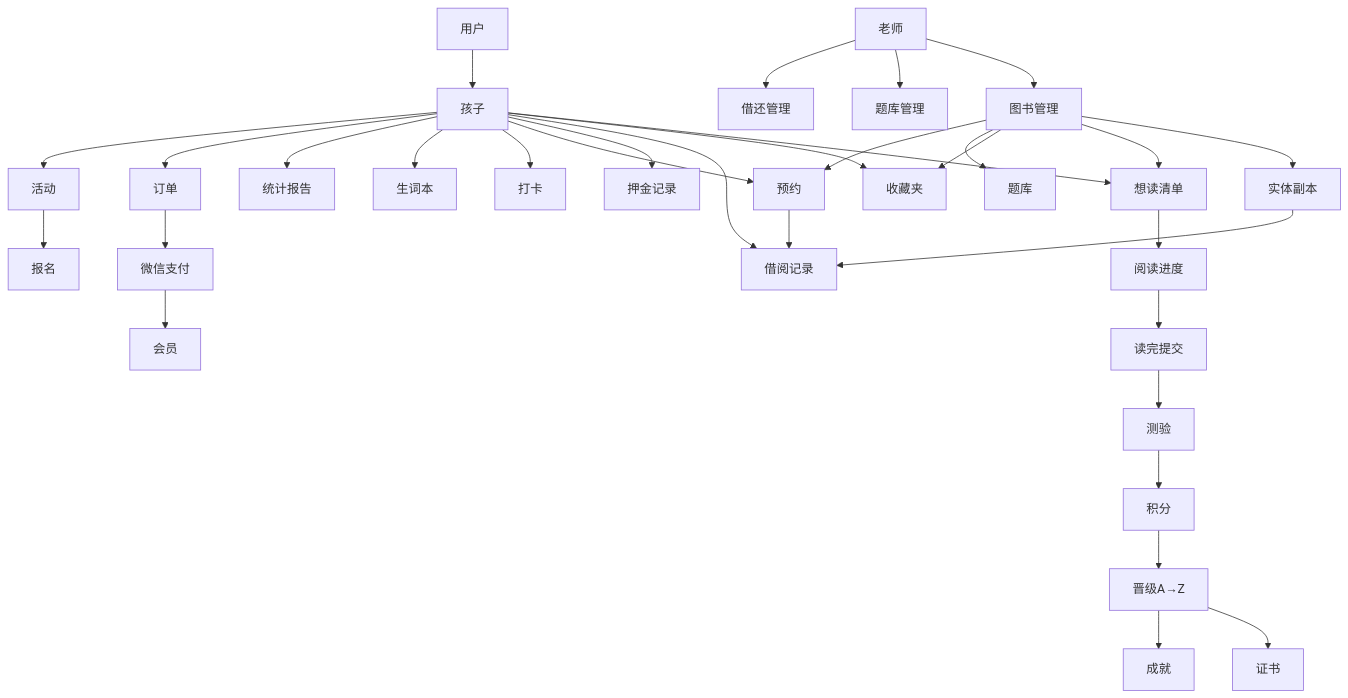
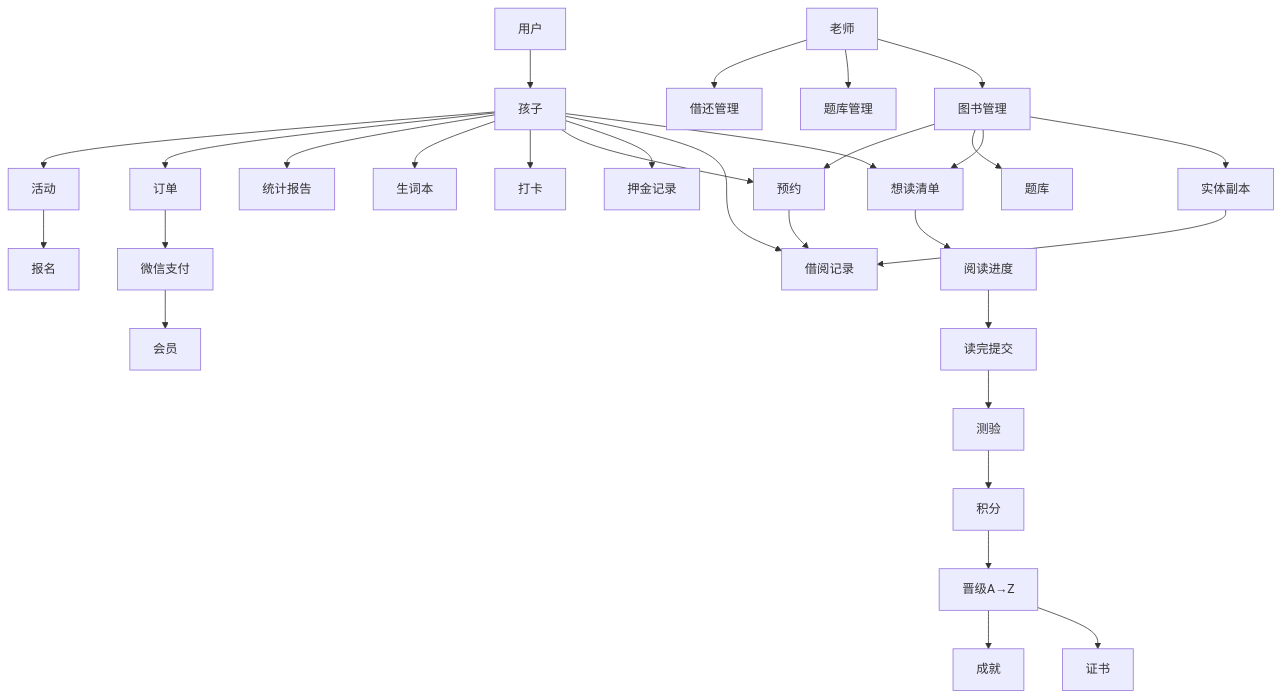
One commit to leechunwoo0815/librio changed diagram 28 of 28 in PRD/UML-ER.md. Above: the diagram before and after it, drawn with Mermaid. The commit also changed other lines of this file and 4 other files, not shown here.

First line of the commit message:
fix(db+docs): B0 文档一致性清零 — UML-ER favorites 清除 + damage reviewed_at 类型

````diff
--- a/PRD/UML-ER.md
+++ b/PRD/UML-ER.md
@@ -819,42 +811,40 @@
 ```mermaid
 graph TD
     USER[用户] --> CHILD[孩子]
     TEACHER[老师] --> BOOK[图书管理]
     TEACHER --> QUIZ_MANAGE[题库管理]
     TEACHER --> BORROW_MANAGE[借还管理]
 
     BOOK --> BOOK_COPY[实体副本]
     BOOK --> BOOKSHELF[想读清单]
-    BOOK --> FAVORITES[收藏夹]
     BOOK --> QUESTION_BANK[题库]
     BOOK --> RESERVATION[预约]
 
     CHILD --> BOOKSHELF
-    CHILD --> FAVORITES
     CHILD --> BORROW_RECORD[借阅记录]
     CHILD --> DEPOSIT_RECORD[押金记录]
     CHILD --> RESERVATION
 
     BOOK_COPY --> BORROW_RECORD
     RESERVATION --> BORROW_RECORD
 
     BOOKSHELF --> READING[阅读进度]
     READING --> SUBMISSION[读完提交]
     SUBMISSION --> QUIZ[测验]
     QUIZ --> SCORE[积分]
 
     SCORE --> ADVANCEMENT[晋级A→Z]
     ADVANCEMENT --> CERTIFICATE[证书]
     ADVANCEMENT --> BADGE[成就]
 
     CHILD --> CHECKIN[打卡]
     CHILD --> VOCABULARY[生词本]
     CHILD --> STATS[统计报告]
 
     CHILD --> ORDER[订单]
     ORDER --> PAYMENT[微信支付]
     PAYMENT --> MEMBERSHIP[会员]
 
     CHILD --> ACTIVITY[活动]
     ACTIVITY --> ENROLLMENT[报名]
 ```
````
